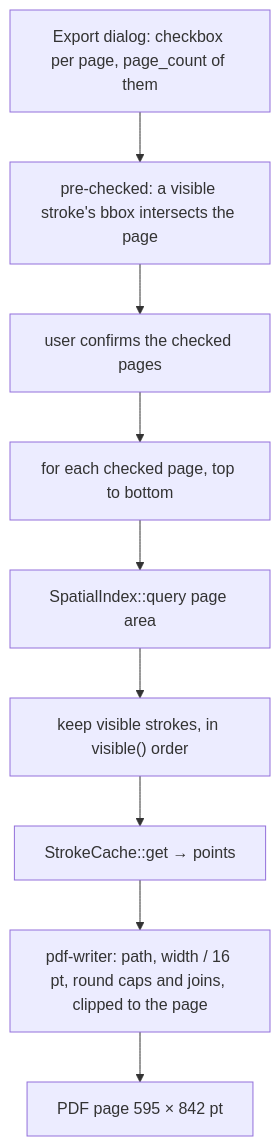
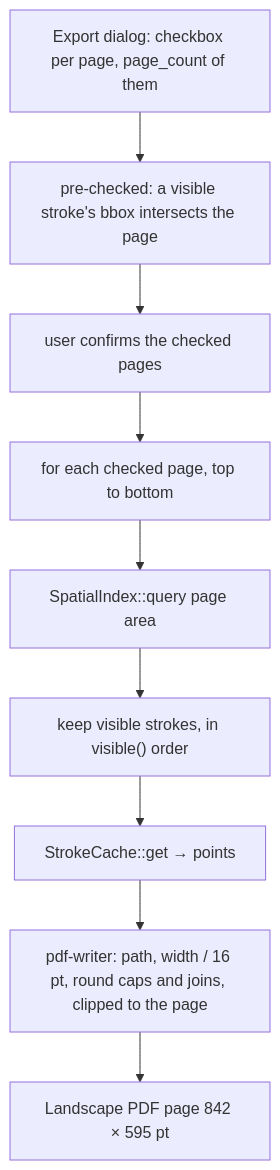
Before and after one commit to Student-Team-Projects/Most-Overkilled-Whiteboard-for-ArchLinux: the second of 2 diagrams in docs/features/pages-pdf/spec.md, drawn with Mermaid. The commit also changed other lines of this file and 13 other files, not shown here.

````diff
--- a/docs/features/pages-pdf/spec.md
+++ b/docs/features/pages-pdf/spec.md
@@ -30,11 +30,11 @@
 ```mermaid
 flowchart TD
     dialog["Export dialog: checkbox per page, page_count of them"] --> pre["pre-checked: a visible stroke's bbox intersects the page"]
     pre --> pick["user confirms the checked pages"]
     pick --> page["for each checked page, top to bottom"]
     page --> q["SpatialIndex::query page area"]
     q --> vis["keep visible strokes, in visible() order"]
     vis --> get["StrokeCache::get → points"]
     get --> path["pdf-writer: path, width / 16 pt, round caps and joins, clipped to the page"]
-    path --> file["PDF page 595 × 842 pt"]
+    path --> file["Landscape PDF page 842 × 595 pt"]
 ```
````
